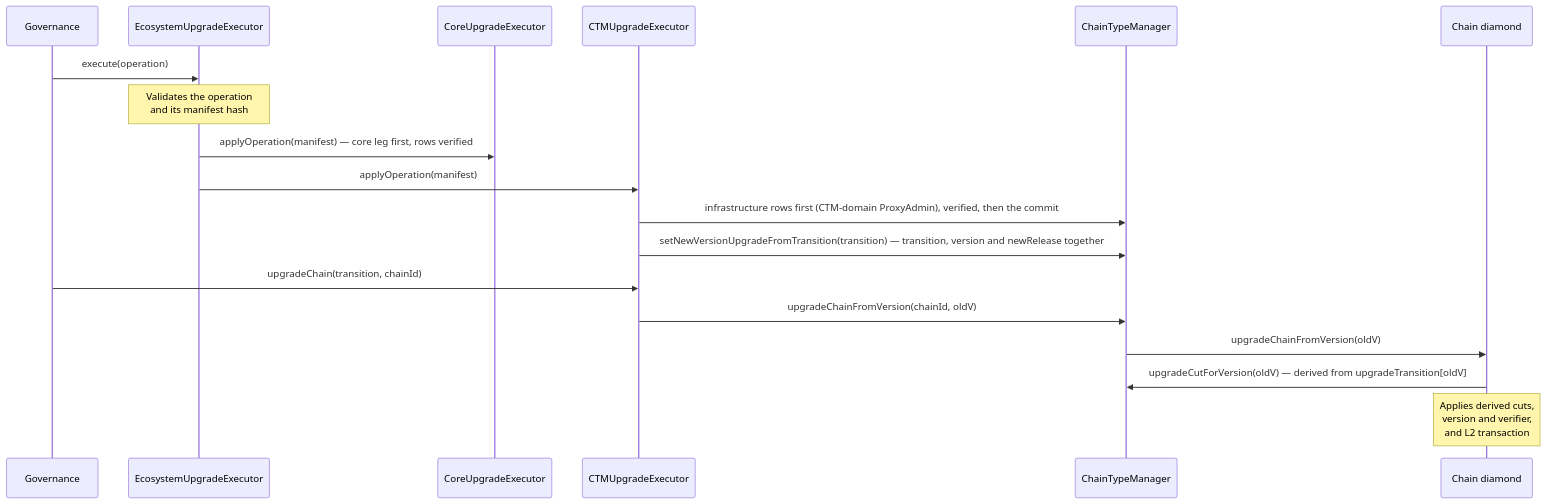
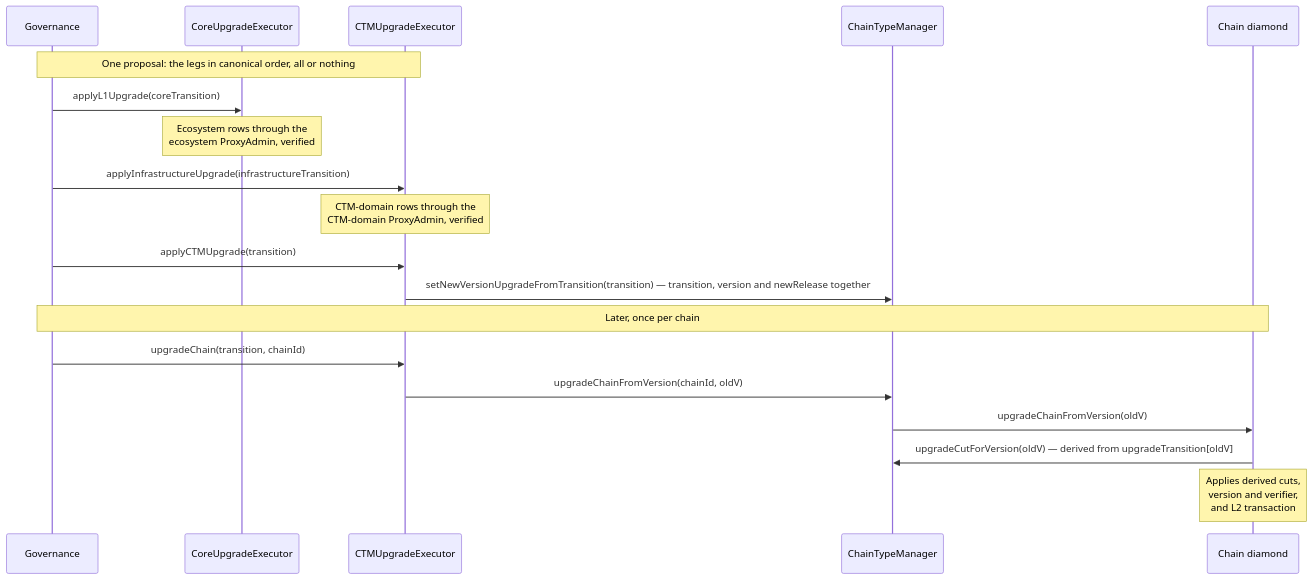
The ninth of 10 diagrams in docs/registry-driven-upgrades.md (matter-labs/era-contracts), drawn with Mermaid before and after one commit. The commit also changed other lines of this file and 120 other files, not shown here.

````diff
--- a/docs/registry-driven-upgrades.md
+++ b/docs/registry-driven-upgrades.md
@@ -600,21 +593,22 @@
 ```mermaid
 sequenceDiagram
     participant G as Governance
-    participant X as EcosystemUpgradeExecutor
     participant CO as CoreUpgradeExecutor
     participant E as CTMUpgradeExecutor
     participant C as ChainTypeManager
     participant D as Chain diamond
 
-    G->>X: execute(operation)
-    Note over X: Validates the operation<br/>and its manifest hash
-    X->>CO: applyOperation(manifest) — core leg first, rows verified
-    X->>E: applyOperation(manifest)
-    E->>C: infrastructure rows first (CTM-domain ProxyAdmin), verified, then the commit
+    Note over G,E: One proposal: the legs in canonical order, all or nothing
+    G->>CO: applyL1Upgrade(coreTransition)
+    Note over CO: Ecosystem rows through the<br/>ecosystem ProxyAdmin, verified
+    G->>E: applyInfrastructureUpgrade(infrastructureTransition)
+    Note over E: CTM-domain rows through the<br/>CTM-domain ProxyAdmin, verified
+    G->>E: applyCTMUpgrade(transition)
     E->>C: setNewVersionUpgradeFromTransition(transition) — transition, version and newRelease together
+    Note over G,D: Later, once per chain
     G->>E: upgradeChain(transition, chainId)
     E->>C: upgradeChainFromVersion(chainId, oldV)
     C->>D: upgradeChainFromVersion(oldV)
     D->>C: upgradeCutForVersion(oldV) — derived from upgradeTransition[oldV]
     Note over D: Applies derived cuts,<br/>version and verifier,<br/>and L2 transaction
 ```
````
